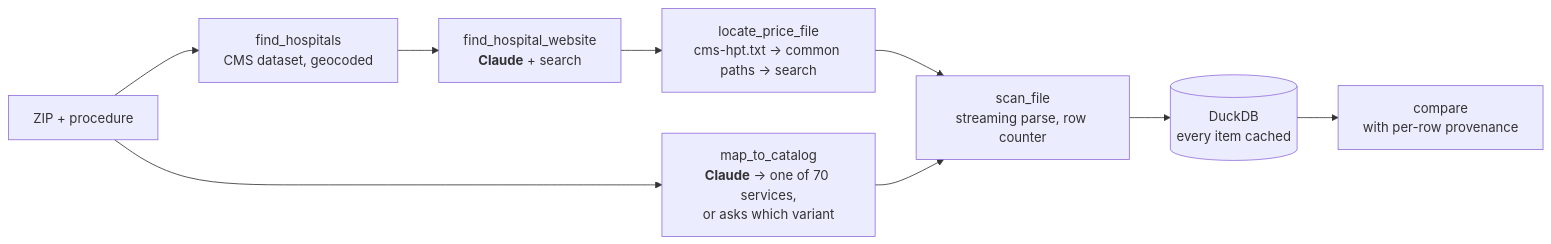
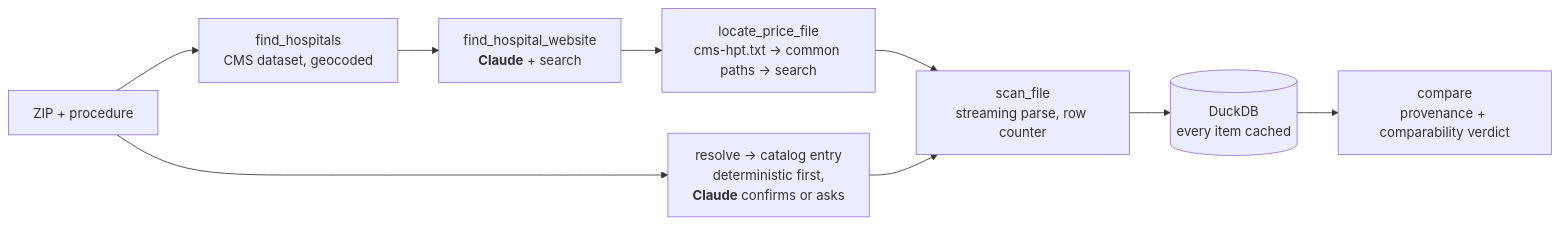
The diagram in README.md (alexspili/hospital-price-agent), drawn with Mermaid before and after one commit. The commit also changed other lines of this file and 15 other files, not shown here.

````diff
--- a/README.md
+++ b/README.md
@@ -68,11 +85,11 @@
 ```mermaid
 flowchart LR
     Z[ZIP + procedure] --> H[find_hospitals<br/>CMS dataset, geocoded]
-    Z --> M[map_to_catalog<br/><b>Claude</b> → one of 70 services,<br/>or asks which variant]
+    Z --> M[resolve → catalog entry<br/>deterministic first,<br/><b>Claude</b> confirms or asks]
     H --> W[find_hospital_website<br/><b>Claude</b> + search]
     W --> L[locate_price_file<br/>cms-hpt.txt → common paths → search]
     L --> S[scan_file<br/>streaming parse, row counter]
     M --> S
     S --> D[(DuckDB<br/>every item cached)]
-    D --> C[compare<br/>with per-row provenance]
+    D --> C[compare<br/>provenance + comparability verdict]
 ```
````
